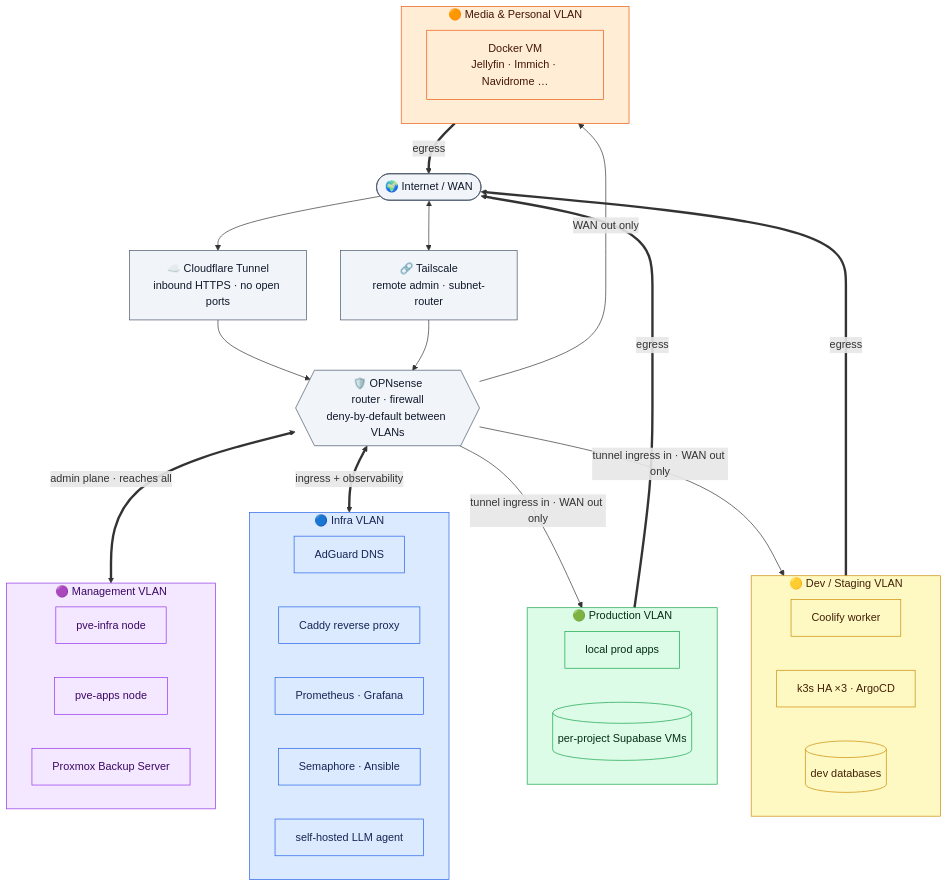
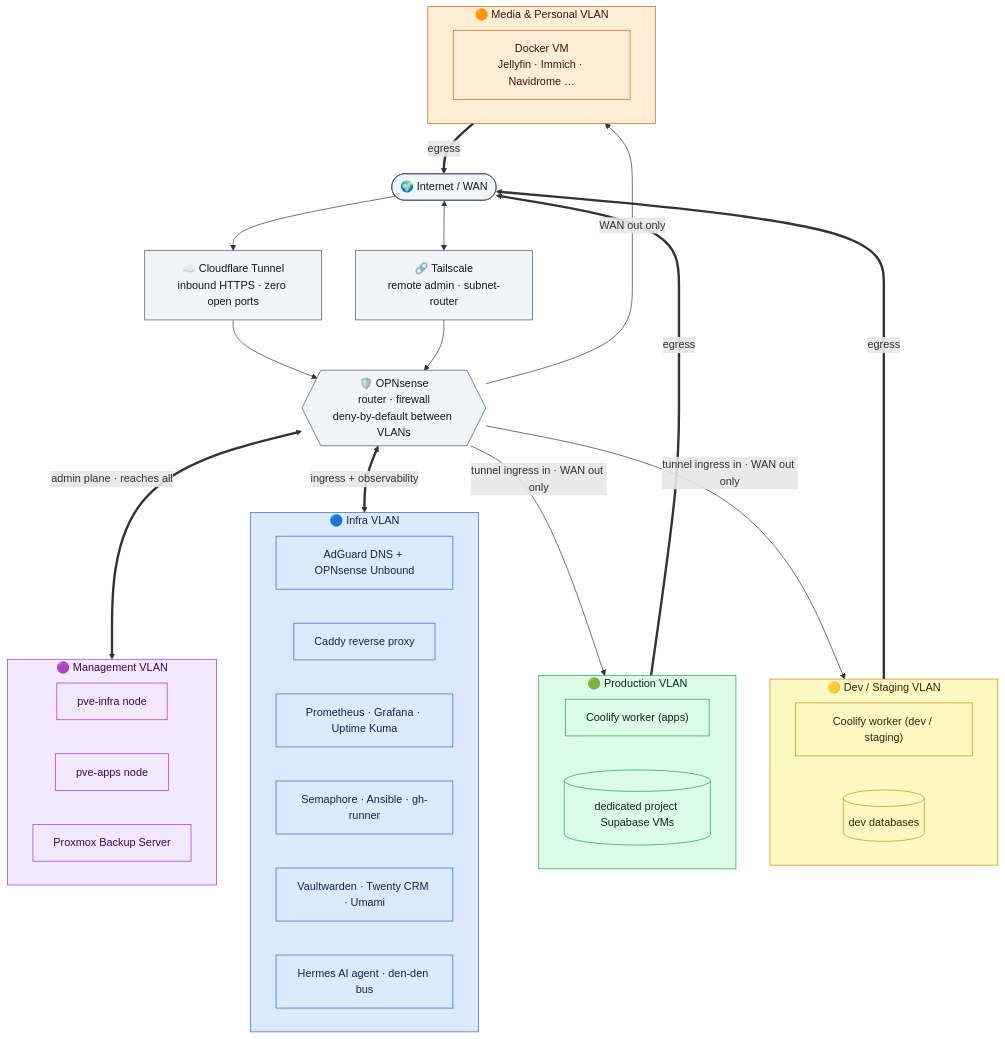
The diagram in README.md (ibhugeloo/homelab), drawn with Mermaid before and after one commit. The commit also changed other lines of this file and 3 other files, not shown here.

First line of the commit message:
docs: update homelab architecture & operations to current reality

````diff
--- a/README.md
+++ b/README.md
@@ -52,62 +56,62 @@
 ```mermaid
 flowchart TB
     NET(["🌍 Internet / WAN"])
-    CF["☁️ Cloudflare Tunnel<br/>inbound HTTPS · no open ports"]
+    CF["☁️ Cloudflare Tunnel<br/>inbound HTTPS · zero open ports"]
     TS["🔗 Tailscale<br/>remote admin · subnet-router"]
     FW{{"🛡️ OPNsense<br/>router · firewall<br/>deny-by-default between VLANs"}}
 
     NET --> CF --> FW
     NET <--> TS --> FW
 
-    FW <==>|admin plane · reaches all| MGMT
-    FW <==>|ingress + observability| INFRA
-    FW -->|tunnel ingress in · WAN out only| PROD
-    FW -->|tunnel ingress in · WAN out only| DEV
-    FW -->|WAN out only| MEDIA
+    FW <==>|"admin plane · reaches all"| MGMT
+    FW <==>|"ingress + observability"| INFRA
+    FW -->|"tunnel ingress in · WAN out only"| PROD
+    FW -->|"tunnel ingress in · WAN out only"| DEV
+    FW -->|"WAN out only"| MEDIA
 
-    PROD ==>|egress| NET
-    DEV ==>|egress| NET
-    MEDIA ==>|egress| NET
+    PROD ==>|"egress"| NET
+    DEV ==>|"egress"| NET
+    MEDIA ==>|"egress"| NET
 
     subgraph MGMT ["🟣 Management VLAN"]
         direction LR
         N1["pve-infra node"]
         N2["pve-apps node"]
         PBS["Proxmox Backup Server"]
     end
     subgraph INFRA ["🔵 Infra VLAN"]
         direction LR
-        DNS["AdGuard DNS"]
+        DNS["AdGuard DNS + OPNsense Unbound"]
         RP["Caddy reverse proxy"]
-        MON["Prometheus · Grafana"]
-        SEM["Semaphore · Ansible"]
-        AI["self-hosted LLM agent"]
+        MON["Prometheus · Grafana · Uptime Kuma"]
+        IAC["Semaphore · Ansible · gh-runner"]
+        TOOLS["Vaultwarden · Twenty CRM · Umami"]
+        AI["Hermes AI agent · den-den bus"]
     end
     subgraph PROD ["🟢 Production VLAN"]
         direction LR
-        PA["local prod apps"]
-        PDB[("per-project Supabase VMs")]
+        PA["Coolify worker (apps)"]
+        PDB[("dedicated project Supabase VMs")]
     end
     subgraph DEV ["🟡 Dev / Staging VLAN"]
         direction LR
-        CO["Coolify worker"]
-        K3S["k3s HA ×3 · ArgoCD"]
+        CO["Coolify worker (dev / staging)"]
         DDB[("dev databases")]
     end
     subgraph MEDIA ["🟠 Media &amp; Personal VLAN"]
         DK["Docker VM<br/>Jellyfin · Immich · Navidrome …"]
     end
 
     classDef mgmt  fill:#f3e8ff,stroke:#9333ea,color:#3b0764;
     classDef infra fill:#dbeafe,stroke:#2563eb,color:#172554;
     classDef prod  fill:#dcfce7,stroke:#16a34a,color:#052e16;
     classDef dev   fill:#fef9c3,stroke:#ca8a04,color:#422006;
     classDef media fill:#ffedd5,stroke:#ea580c,color:#431407;
     classDef edge  fill:#f1f5f9,stroke:#475569,color:#0f172a;
     class MGMT,N1,N2,PBS mgmt;
-    class INFRA,DNS,RP,MON,SEM,AI infra;
+    class INFRA,DNS,RP,MON,IAC,TOOLS,AI infra;
     class PROD,PA,PDB prod;
-    class DEV,CO,K3S,DDB dev;
+    class DEV,CO,DDB dev;
     class MEDIA,DK media;
     class NET,CF,TS,FW edge;
 ```
````
